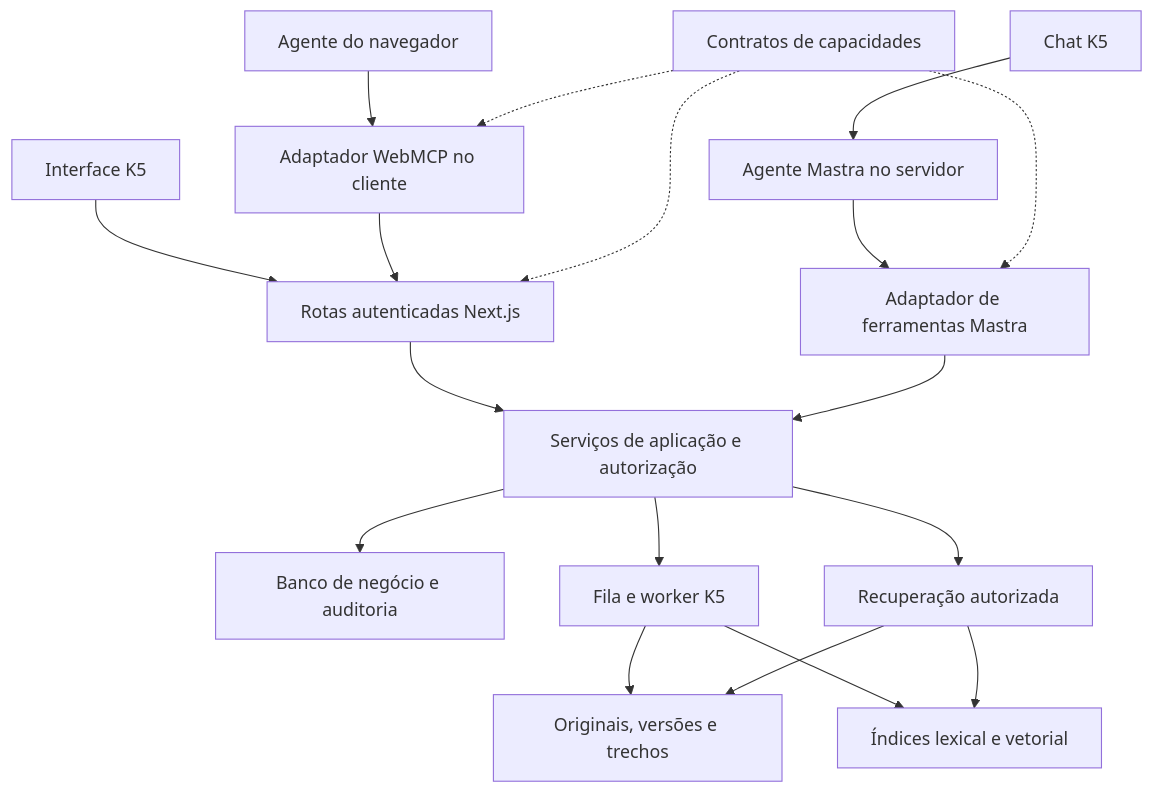
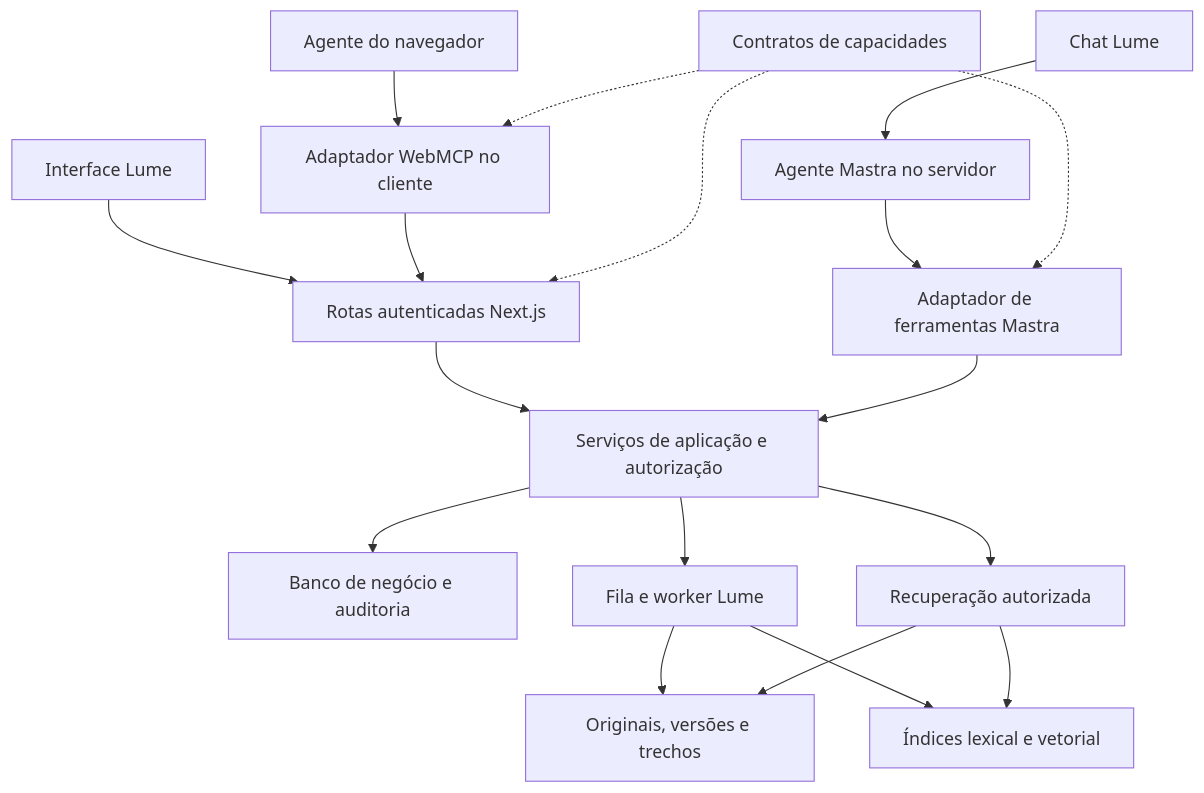
Before and after one commit to araujodgdev/k5: the diagram in docs/plano-agente-ferramentas-rag-webmcp.md, drawn with Mermaid. The commit also changed other lines of this file and 79 other files, not shown here.

````diff
--- a/docs/plano-agente-ferramentas-rag-webmcp.md
+++ b/docs/plano-agente-ferramentas-rag-webmcp.md
@@ -86,20 +86,20 @@
 ```mermaid
 flowchart TD
-    UI[Interface K5] --> HTTP[Rotas autenticadas Next.js]
+    UI[Interface Lume] --> HTTP[Rotas autenticadas Next.js]
     Browser[Agente do navegador] --> WebMCP[Adaptador WebMCP no cliente]
     WebMCP --> HTTP
-    Chat[Chat K5] --> Mastra[Agente Mastra no servidor]
+    Chat[Chat Lume] --> Mastra[Agente Mastra no servidor]
     Mastra --> Tools[Adaptador de ferramentas Mastra]
     HTTP --> Services[Serviços de aplicação e autorização]
     Tools --> Services
     Catalog[Contratos de capacidades] -.-> HTTP
     Catalog -.-> Tools
     Catalog -.-> WebMCP
     Services --> SQL[Banco de negócio e auditoria]
-    Services --> Worker[Fila e worker K5]
+    Services --> Worker[Fila e worker Lume]
     Worker --> Vault[Originais, versões e trechos]
     Worker --> Index[Índices lexical e vetorial]
     Services --> Retrieval[Recuperação autorizada]
     Retrieval --> Vault
     Retrieval --> Index
 ```
````
